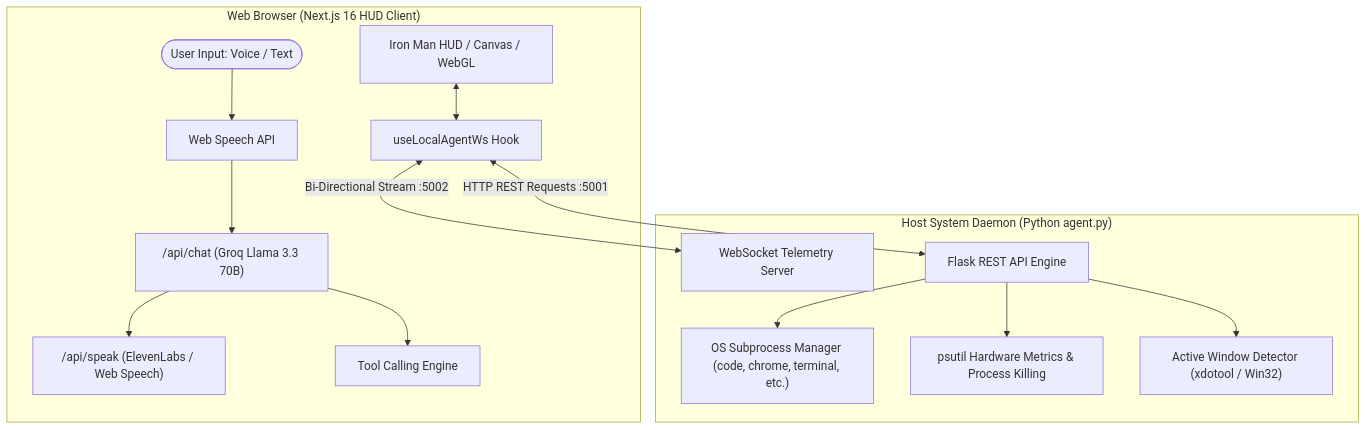
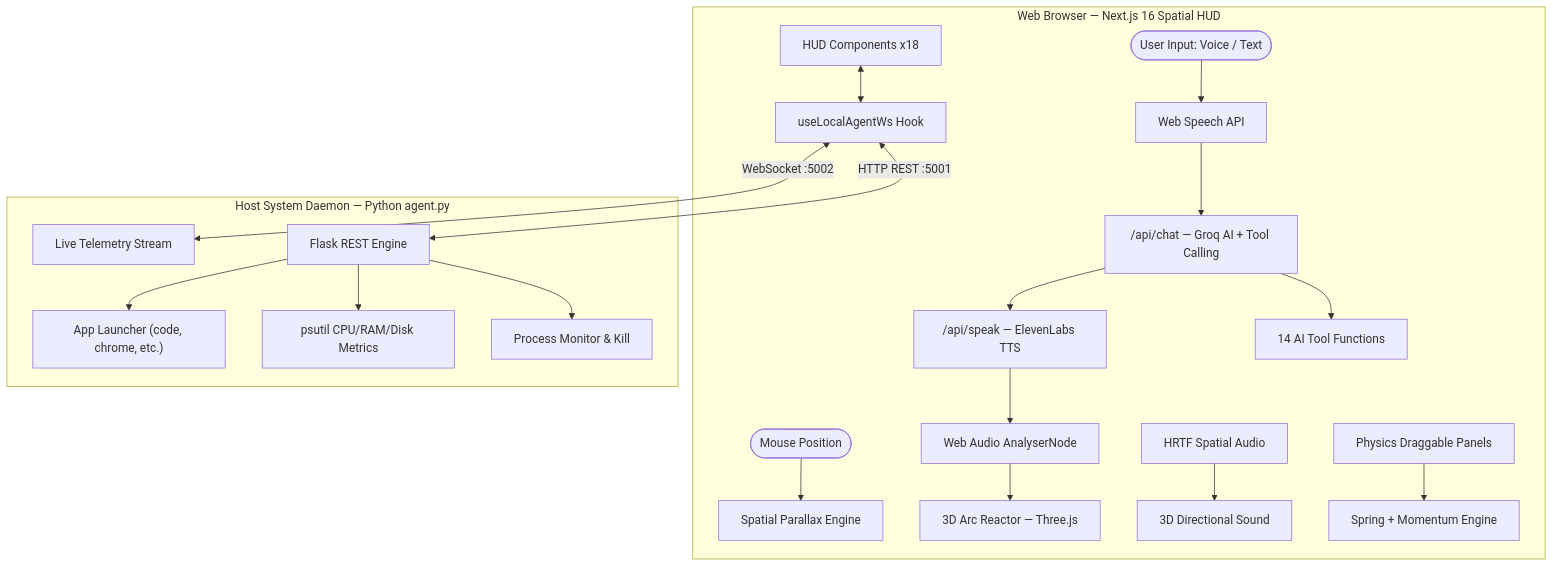
One commit to nilanjanajui/jarvis changed the diagram in README.md. Above: the diagram before and after it, drawn with Mermaid. The commit also changed other lines of this file and 8 other files, not shown here.

````diff
--- a/README.md
+++ b/README.md
@@ -23,18 +18,26 @@
 ```mermaid
 graph TD
-    subgraph Browser ["Web Browser (Next.js 16 HUD Client)"]
+    subgraph Browser ["Web Browser — Next.js 16 Spatial HUD"]
         User([User Input: Voice / Text]) --> Speech[Web Speech API]
-        Speech --> ChatRoute["/api/chat (Groq Llama 3.3 70B)"]
-        ChatRoute --> TTS["/api/speak (ElevenLabs / Web Speech)"]
-        ChatRoute --> ToolEngine[Tool Calling Engine]
-        UI[Iron Man HUD / Canvas / WebGL] <--> SocketHook["useLocalAgentWs Hook"]
+        Speech --> ChatRoute["/api/chat — Groq AI + Tool Calling"]
+        ChatRoute --> TTS["/api/speak — ElevenLabs TTS"]
+        ChatRoute --> Tools[14 AI Tool Functions]
+        
+        Mouse([Mouse Position]) --> Parallax[Spatial Parallax Engine]
+        TTS --> AudioAnalyser[Web Audio AnalyserNode]
+        AudioAnalyser --> Reactor[3D Arc Reactor — Three.js]
+        
+        SpatialAudio[HRTF Spatial Audio] --> PannerNode[3D Directional Sound]
+        Panels[Physics Draggable Panels] --> Springs[Spring + Momentum Engine]
+        
+        UI[HUD Components x18] <--> WsHook["useLocalAgentWs Hook"]
     end
 
-    subgraph LocalSystem ["Host System Daemon (Python agent.py)"]
-        SocketHook <-->|Bi-Directional Stream :5002| WSIPC["WebSocket Telemetry Server"]
-        SocketHook <-->|HTTP REST Requests :5001| REST["Flask REST API Engine"]
-        REST --> Subprocess["OS Subprocess Manager (code, chrome, terminal, etc.)"]
-        REST --> SystemStats["psutil Hardware Metrics & Process Killing"]
-        REST --> ActiveWin["Active Window Detector (xdotool / Win32)"]
+    subgraph LocalOS ["Host System Daemon — Python agent.py"]
+        WsHook <-->|WebSocket :5002| WSIPC["Live Telemetry Stream"]
+        WsHook <-->|HTTP REST :5001| REST["Flask REST Engine"]
+        REST --> Apps["App Launcher (code, chrome, etc.)"]
+        REST --> Stats["psutil CPU/RAM/Disk Metrics"]
+        REST --> Process["Process Monitor & Kill"]
     end
 ```
````
